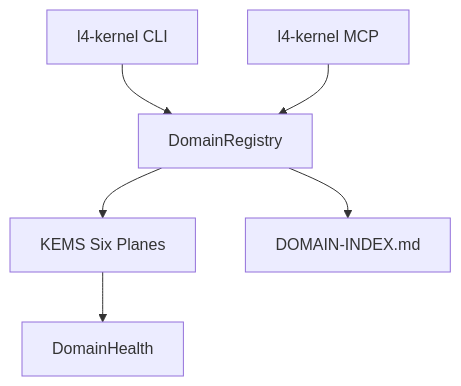
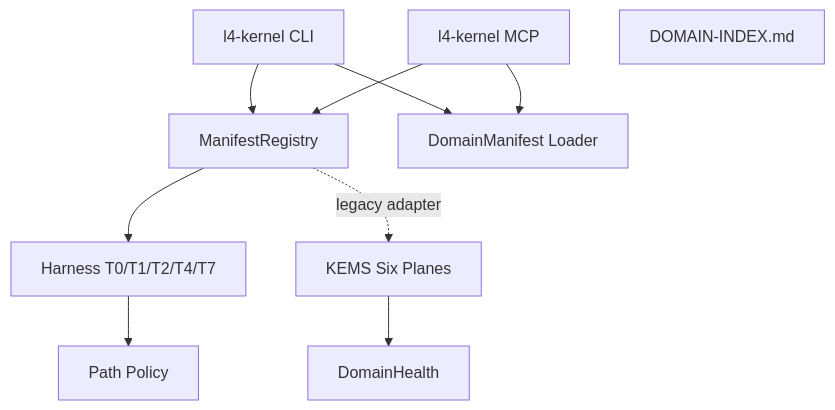
One commit to starlink-awaken/omostation-l4-kernel changed the diagram in ARCHITECTURE.md. Above: the diagram before and after it, drawn with Mermaid. The commit also changed other lines of this file and 37 other files, not shown here.

````diff
--- a/ARCHITECTURE.md
+++ b/ARCHITECTURE.md
@@ -15,17 +15,23 @@
 ```mermaid
 
 graph TB
     CLI[l4-kernel CLI]
     MCP[l4-kernel MCP]
-    Reg[DomainRegistry]
+    Reg[ManifestRegistry]
+    Contract[DomainManifest Loader]
+    Harness[Harness T0/T1/T2/T4/T7]
+    Policy[Path Policy]
     KEMS[KEMS Six Planes]
     Health[DomainHealth]
     DomainIndex[DOMAIN-INDEX.md]
 
+    CLI --> Contract
+    MCP --> Contract
     CLI --> Reg
     MCP --> Reg
-    Reg --> DomainIndex
-    Reg --> KEMS
+    Reg --> Harness
+    Harness --> Policy
+    Reg -. legacy adapter .-> KEMS
     KEMS --> Health
 
 ```
````
